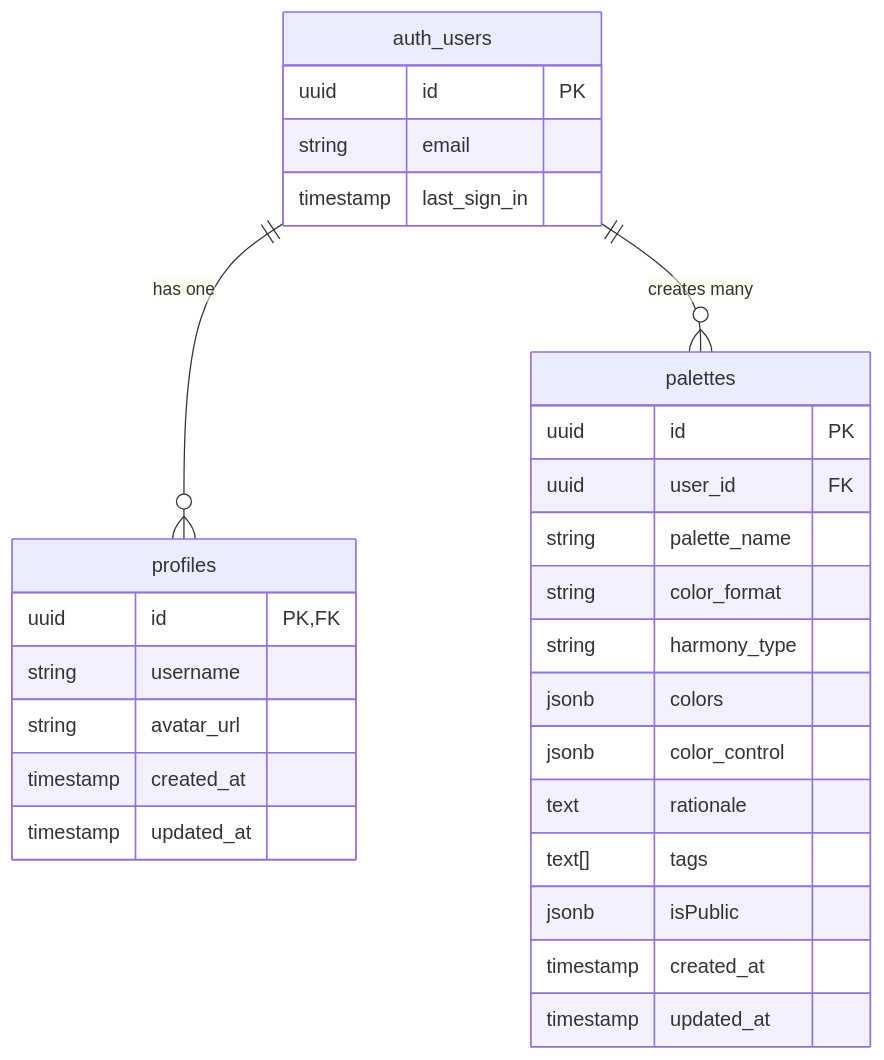
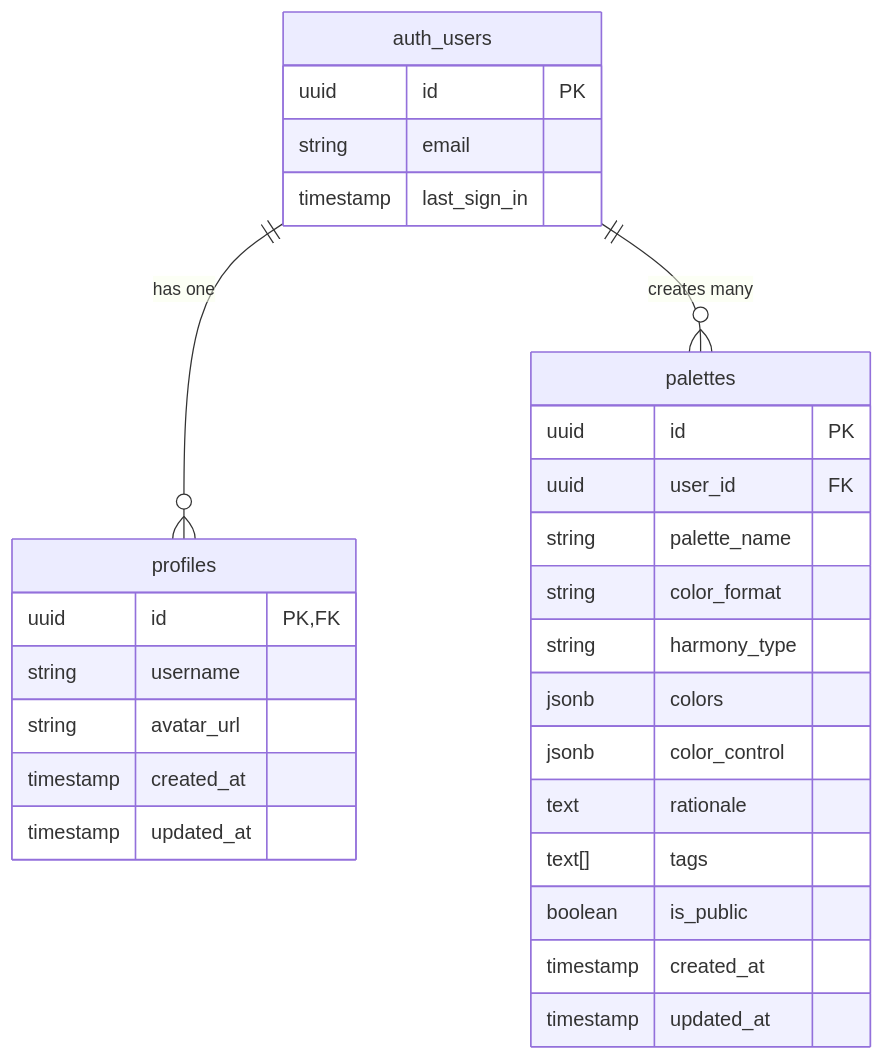
One commit to chrxsdev/color-genius-ai changed the diagram in docs/design-doc/color-genius-ai.md. Above: the diagram before and after it, drawn with Mermaid. The commit also changed other lines of this file, not shown here.

````diff
--- a/docs/design-doc/color-genius-ai.md
+++ b/docs/design-doc/color-genius-ai.md
@@ -135,34 +135,34 @@
 ```mermaid
 erDiagram
     auth_users ||--o{ profiles : "has one"
     auth_users ||--o{ palettes : "creates many"
     
     auth_users {
         uuid id PK
         string email
         timestamp last_sign_in
     }
 
     profiles {
         uuid id PK,FK
         string username
         string avatar_url
         timestamp created_at
         timestamp updated_at
     }
 
     palettes {
         uuid id PK
         uuid user_id FK
         string palette_name
         string color_format
         string harmony_type
         jsonb colors
         jsonb color_control
         text rationale
         text[] tags
-        jsonb isPublic
+        boolean is_public
         timestamp created_at
         timestamp updated_at
     }
 ```
````
